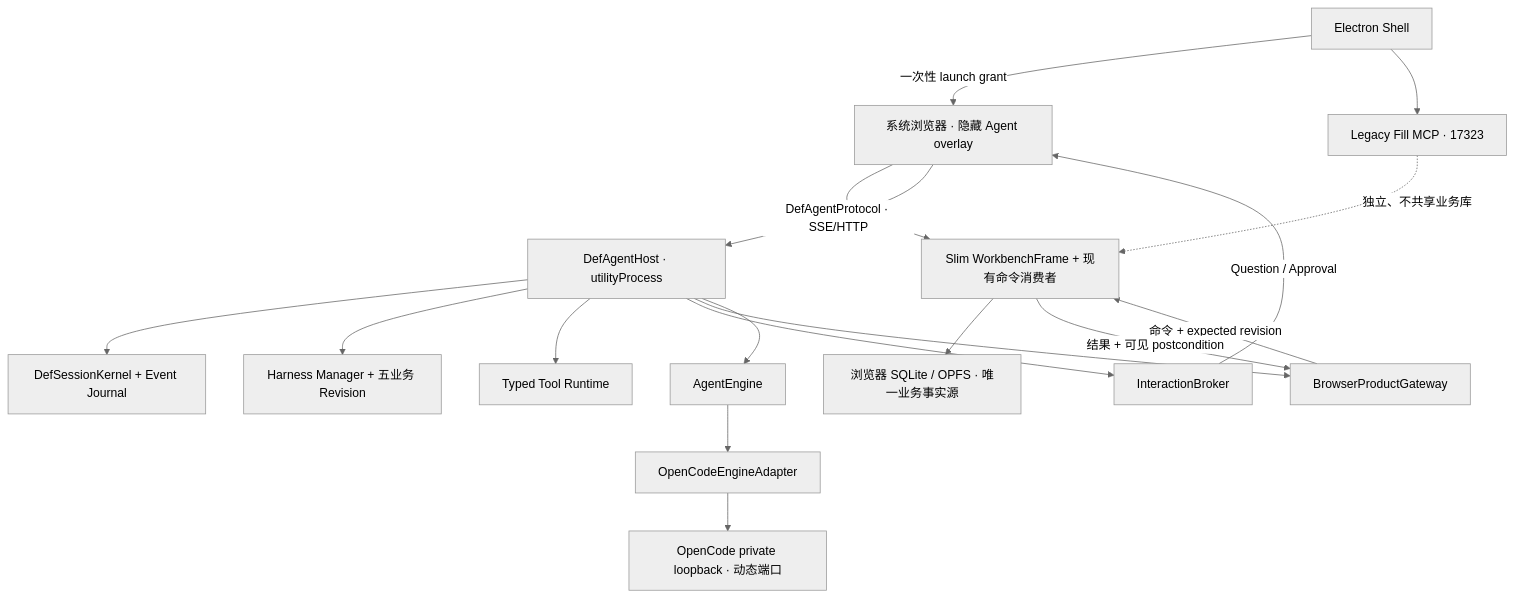
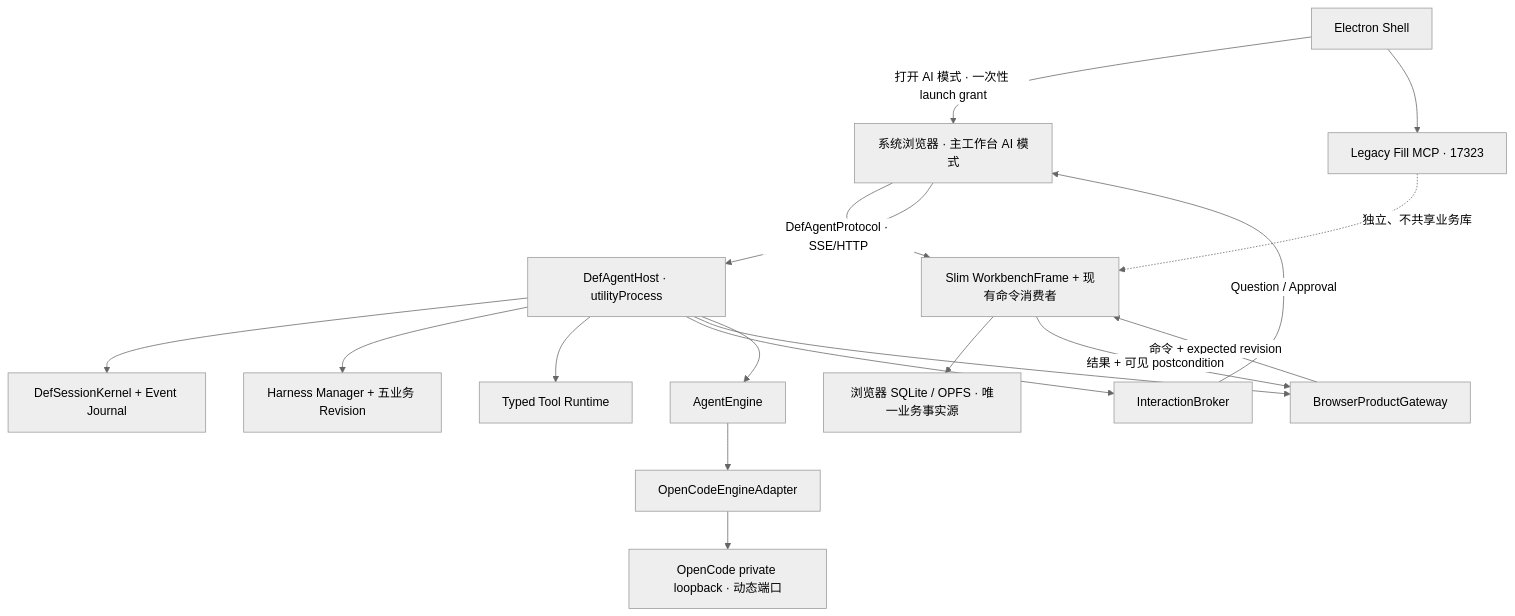
The second of 3 diagrams in docs/architecture/audits/opencode-engine-reintegration-research-20260806.md (Pandluto/dmg-end-field), drawn with Mermaid (neutral theme) before and after one commit. The commit also changed other lines of this file and 1 other file, not shown here.

Commit message:
docs: 补全 Agent 产品生命周期合同

````diff
--- a/docs/architecture/audits/opencode-engine-reintegration-research-20260806.md
+++ b/docs/architecture/audits/opencode-engine-reintegration-research-20260806.md
@@ -539,23 +559,23 @@
 ```mermaid
 flowchart TB
-  Shell["Electron Shell"] -->|"一次性 launch grant"| AgentRoute["系统浏览器 · 隐藏 Agent overlay"]
+  Shell["Electron Shell"] -->|"打开 AI 模式 · 一次性 launch grant"| AgentRoute["系统浏览器 · 主工作台 AI 模式"]
   AgentRoute --> Workbench["Slim WorkbenchFrame + 现有命令消费者"]
   Workbench --> BrowserDB["浏览器 SQLite / OPFS · 唯一业务事实源"]
 
   AgentRoute -->|"DefAgentProtocol · SSE/HTTP"| Host["DefAgentHost · utilityProcess"]
   Host --> Session["DefSessionKernel + Event Journal"]
   Host --> Harness["Harness Manager + 五业务 Revision"]
   Host --> Tools["Typed Tool Runtime"]
   Host --> Broker["InteractionBroker"]
   Host --> Gateway["BrowserProductGateway"]
   Host --> EnginePort["AgentEngine"]
   EnginePort --> OpenCode["OpenCodeEngineAdapter"]
   OpenCode --> PrivateServer["OpenCode private loopback · 动态端口"]
 
   Gateway -->|"命令 + expected revision"| Workbench
   Workbench -->|"结果 + 可见 postcondition"| Gateway
   Broker -->|"Question / Approval"| AgentRoute
 
   Shell --> MCP["Legacy Fill MCP · 17323"]
   MCP -. "独立、不共享业务库" .-> Workbench
 ```
````
